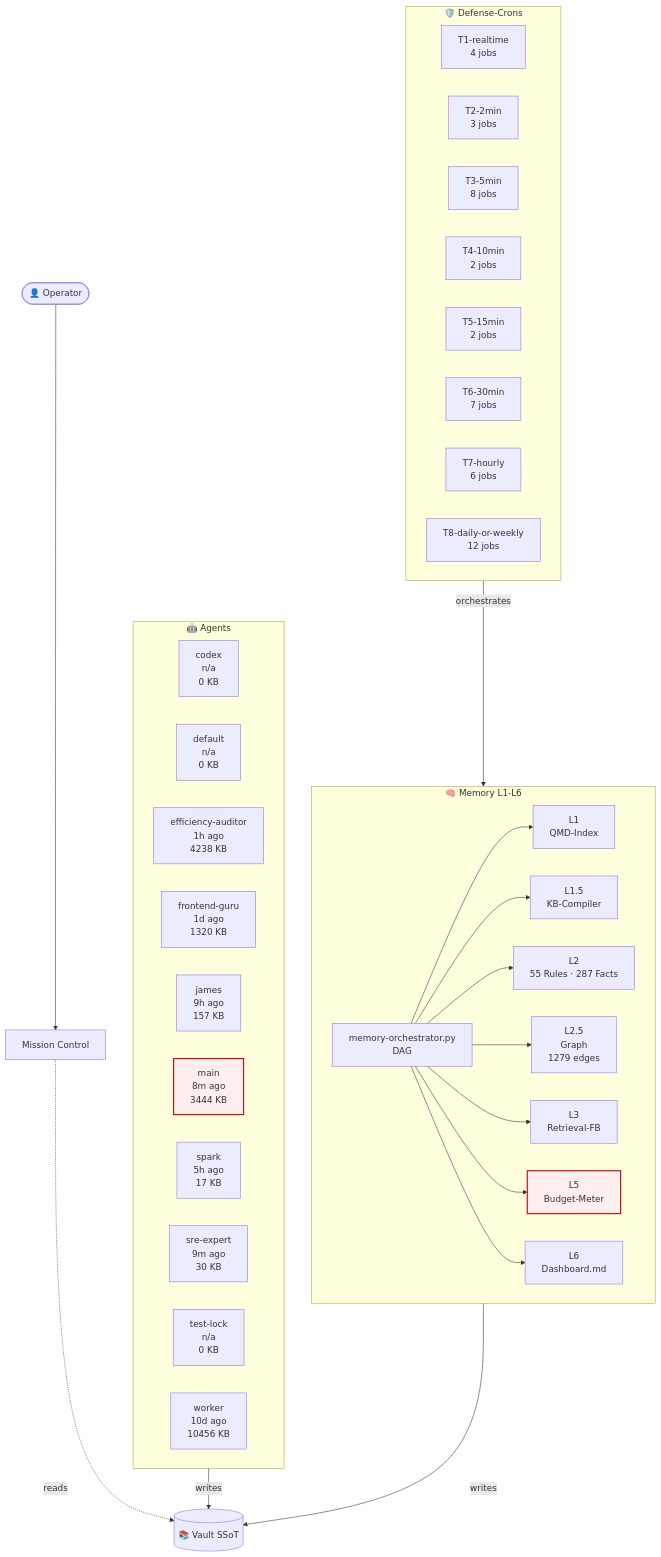
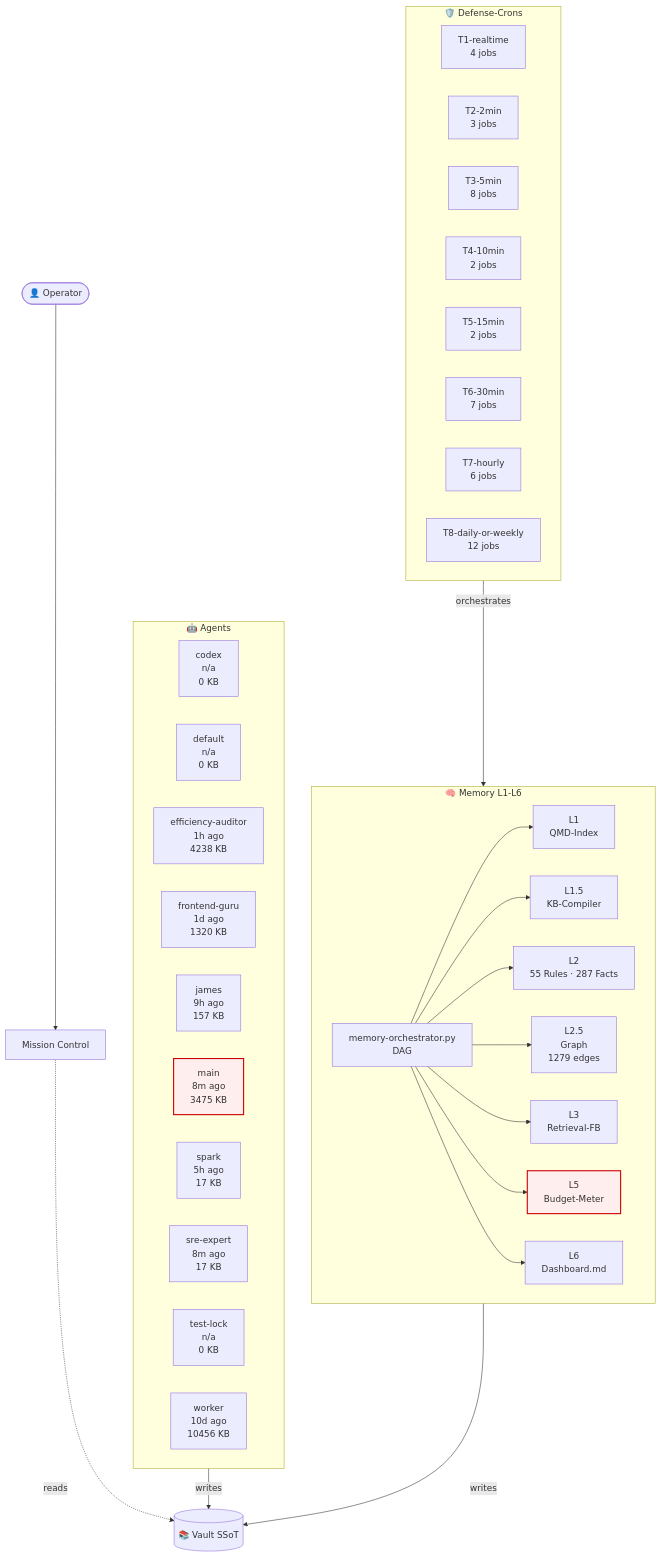
Before and after one commit to lenardhuebner88-rgb/openclaw-memory: the diagram in 03-Agents/architecture-live.md, drawn with Mermaid. The commit also changed other lines of this file, not shown here.

````diff
--- a/03-Agents/architecture-live.md
+++ b/03-Agents/architecture-live.md
@@ -18,53 +18,53 @@
 ```mermaid
 flowchart TB
     classDef critical fill:#fee,stroke:#c00,stroke-width:2px;
     subgraph AGT["🤖 Agents"]
         agent_codex["codex<br/>n/a<br/>0 KB"]
         agent_default["default<br/>n/a<br/>0 KB"]
         agent_efficiency_auditor["efficiency-auditor<br/>1h ago<br/>4238 KB"]
         agent_frontend_guru["frontend-guru<br/>1d ago<br/>1320 KB"]
         agent_james["james<br/>9h ago<br/>157 KB"]
-        agent_main["main<br/>8m ago<br/>3444 KB"]
+        agent_main["main<br/>8m ago<br/>3475 KB"]
         agent_spark["spark<br/>5h ago<br/>17 KB"]
-        agent_sre_expert["sre-expert<br/>9m ago<br/>30 KB"]
+        agent_sre_expert["sre-expert<br/>8m ago<br/>17 KB"]
         agent_test_lock["test-lock<br/>n/a<br/>0 KB"]
         agent_worker["worker<br/>10d ago<br/>10456 KB"]
     end
     subgraph MEM["🧠 Memory L1-L6"]
         L1["L1<br/>QMD-Index"]
         L15["L1.5<br/>KB-Compiler"]
         L2["L2<br/>55 Rules · 287 Facts"]
         L25["L2.5<br/>Graph<br/>1279 edges"]
         L3["L3<br/>Retrieval-FB"]
         L5["L5<br/>Budget-Meter"]
         L6["L6<br/>Dashboard.md"]
         ORCH["memory-orchestrator.py<br/>DAG"]
     end
     subgraph CRN["🛡️ Defense-Crons"]
         tier_T1_realtime["T1-realtime<br/>4 jobs"]
         tier_T2_2min["T2-2min<br/>3 jobs"]
         tier_T3_5min["T3-5min<br/>8 jobs"]
         tier_T4_10min["T4-10min<br/>2 jobs"]
         tier_T5_15min["T5-15min<br/>2 jobs"]
         tier_T6_30min["T6-30min<br/>7 jobs"]
         tier_T7_hourly["T7-hourly<br/>6 jobs"]
         tier_T8_daily_or_weekly["T8-daily-or-weekly<br/>12 jobs"]
     end
     VAULT[("📚 Vault SSoT")]
     OP([👤 Operator])
     MC["Mission Control"]
     OP --> MC
     MC -.reads.-> VAULT
     AGT -->|writes| VAULT
     MEM -->|writes| VAULT
     ORCH --> L1
     ORCH --> L15
     ORCH --> L2
     ORCH --> L25
     ORCH --> L3
     ORCH --> L5
     ORCH --> L6
     CRN -->|orchestrates| MEM
     class L5 critical
     class agent_main critical
 ```
````
